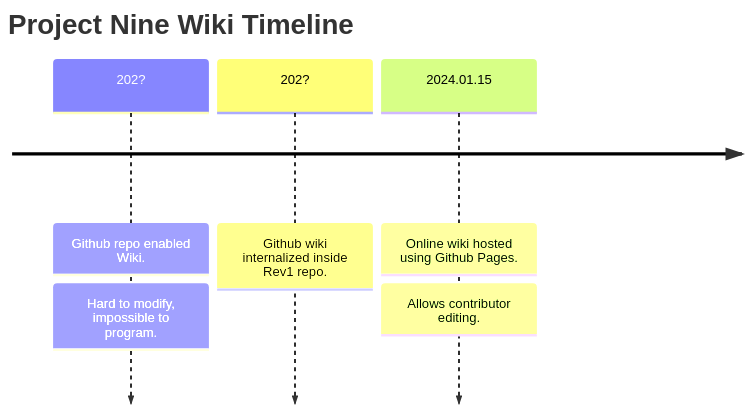
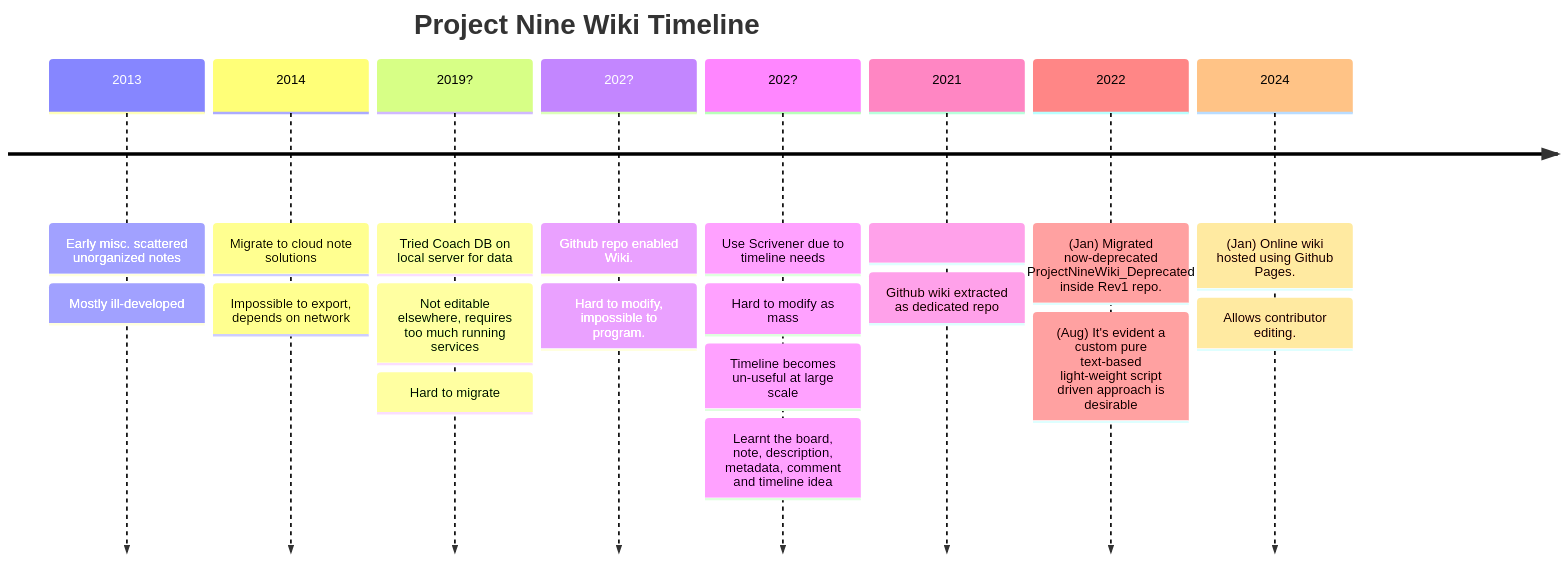
The diagram in README.md (Charles-Zhang-Project-Nine/ProjectNineWiki), drawn with Mermaid before and after one commit. The commit also changed other lines of this file and 53 other files, not shown here.

````diff
--- a/README.md
+++ b/README.md
@@ -54,12 +55,30 @@
 ```mermaid
 timeline
 title Project Nine Wiki Timeline
+    2013
+        : Early misc. scattered unorganized notes
+        : Mostly ill-developed
+    2014
+        : Migrate to cloud note solutions
+        : Impossible to export, depends on network
+    2019?
+        : Tried Coach DB on local server for data
+        : Not editable elsewhere, requires too much running services
+        : Hard to migrate
     202?
         : Github repo enabled Wiki.
         : Hard to modify, impossible to program.
     202?
-        : Github wiki internalized inside Rev1 repo.
-    2024.01.15
-        : Online wiki hosted using Github Pages.
+        : Use Scrivener due to timeline needs
+        : Hard to modify as mass
+        : Timeline becomes un-useful at large scale
+        : Learnt the board, note, description, metadata, comment and timeline idea
+    2021:
+        : Github wiki extracted as dedicated repo
+    2022
+        : (Jan) Migrated now-deprecated ProjectNineWiki_Deprecated inside Rev1 repo.
+        : (Aug) It's evident a custom pure text-based light-weight script driven approach is desirable
+    2024
+        : (Jan) Online wiki hosted using Github Pages.
         : Allows contributor editing.
 ```
````
